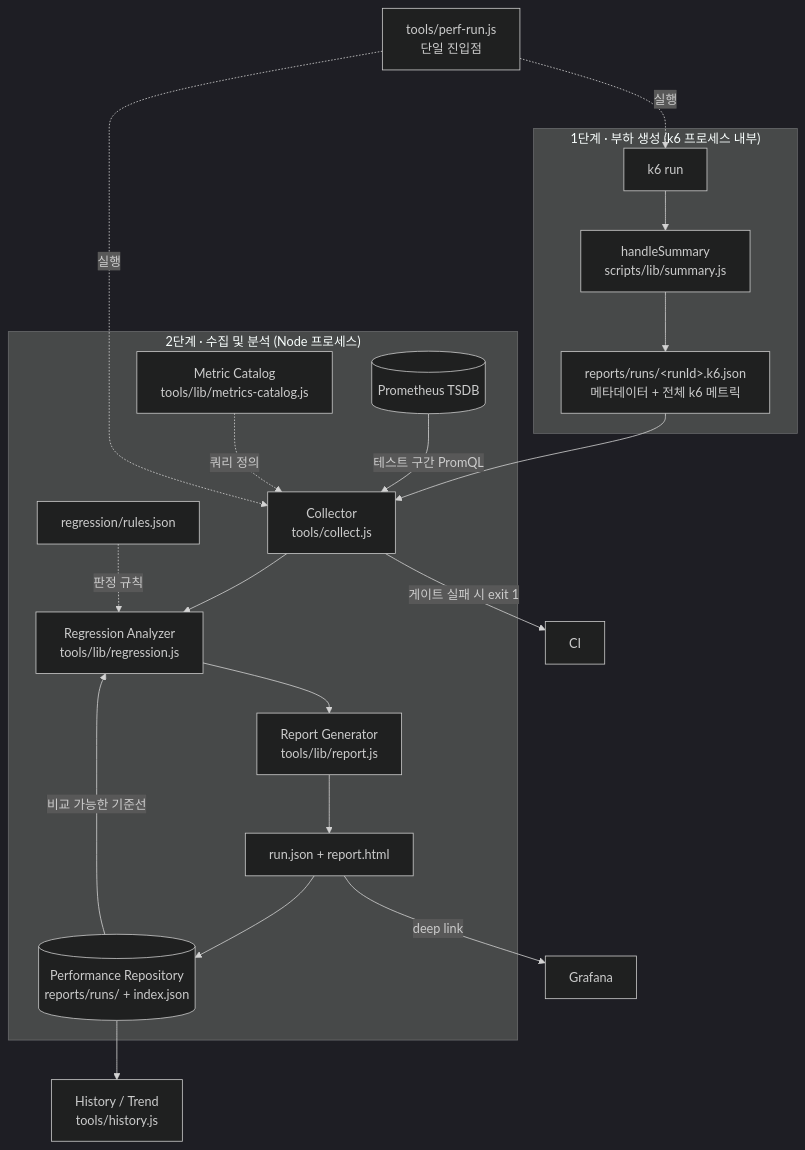
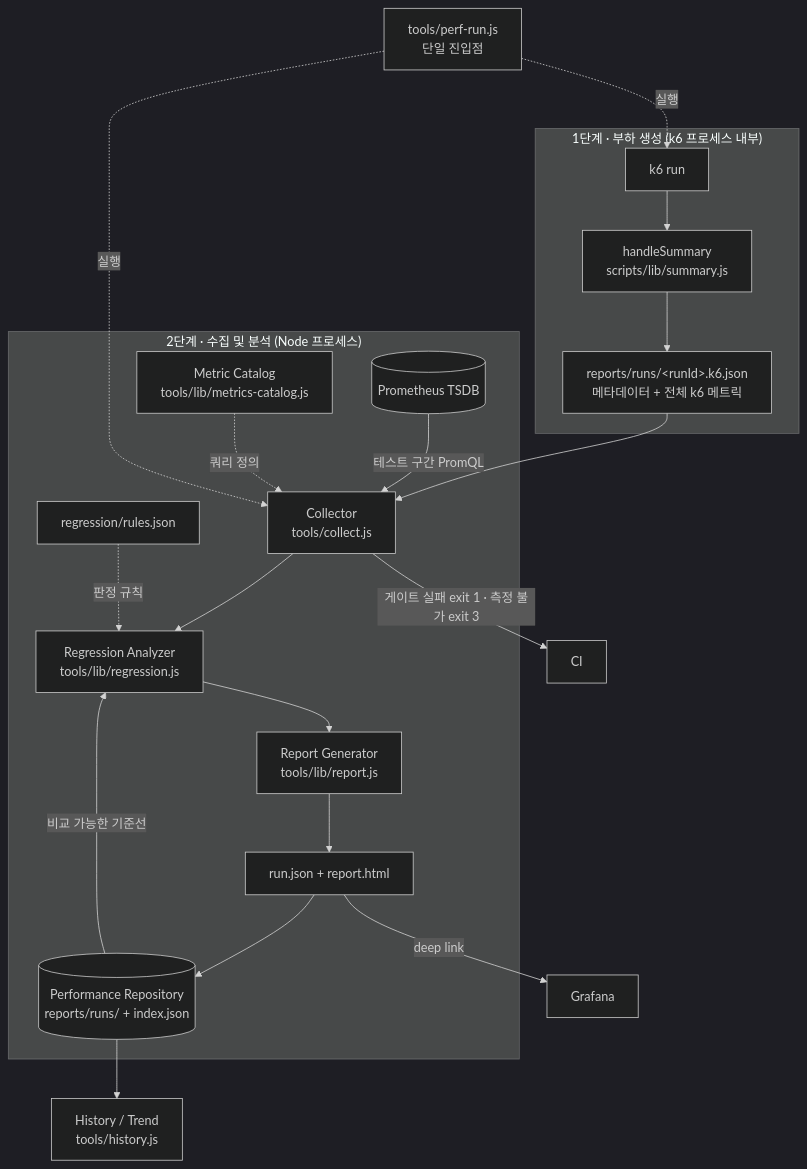
Before and after one commit to JangHyeok2909/highteenday-backend: the diagram in performance/PERFORMANCE-MANAGEMENT.md, drawn with Mermaid (dark theme). The commit also changed other lines of this file and 1 other file, not shown here.

First line of the commit message:
docs(perf): document measurement status, threshold scope, and exit codes

````diff
--- a/performance/PERFORMANCE-MANAGEMENT.md
+++ b/performance/PERFORMANCE-MANAGEMENT.md
@@ -31,26 +31,26 @@
 ```mermaid
 flowchart TD
     subgraph P1["1단계 · 부하 생성 (k6 프로세스 내부)"]
         K6[k6 run] --> HS["handleSummary<br/>scripts/lib/summary.js"]
         HS --> STG["reports/runs/&lt;runId&gt;.k6.json<br/>메타데이터 + 전체 k6 메트릭"]
     end
 
     subgraph P2["2단계 · 수집 및 분석 (Node 프로세스)"]
         STG --> COL["Collector<br/>tools/collect.js"]
         PROM[(Prometheus TSDB)] -->|"테스트 구간 PromQL"| COL
         CAT["Metric Catalog<br/>tools/lib/metrics-catalog.js"] -.->|쿼리 정의| COL
         COL --> REG["Regression Analyzer<br/>tools/lib/regression.js"]
         RULES["regression/rules.json"] -.->|판정 규칙| REG
         HIST[("Performance Repository<br/>reports/runs/ + index.json")] -->|비교 가능한 기준선| REG
         REG --> RPT["Report Generator<br/>tools/lib/report.js"]
         RPT --> OUT["run.json + report.html"]
         OUT --> HIST
     end
 
     HIST --> TREND["History / Trend<br/>tools/history.js"]
     OUT -->|deep link| GRAF[Grafana]
-    COL -->|게이트 실패 시 exit 1| CI[CI]
+    COL -->|"게이트 실패 exit 1 · 측정 불가 exit 3"| CI[CI]
 
     ORCH["tools/perf-run.js<br/>단일 진입점"] -.->|실행| K6
     ORCH -.->|실행| COL
 ```
````
